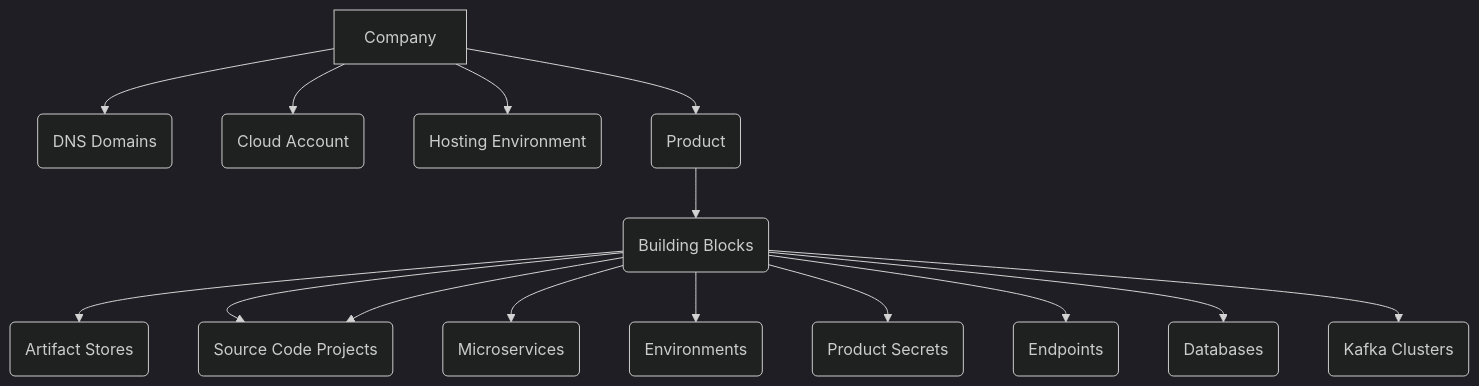
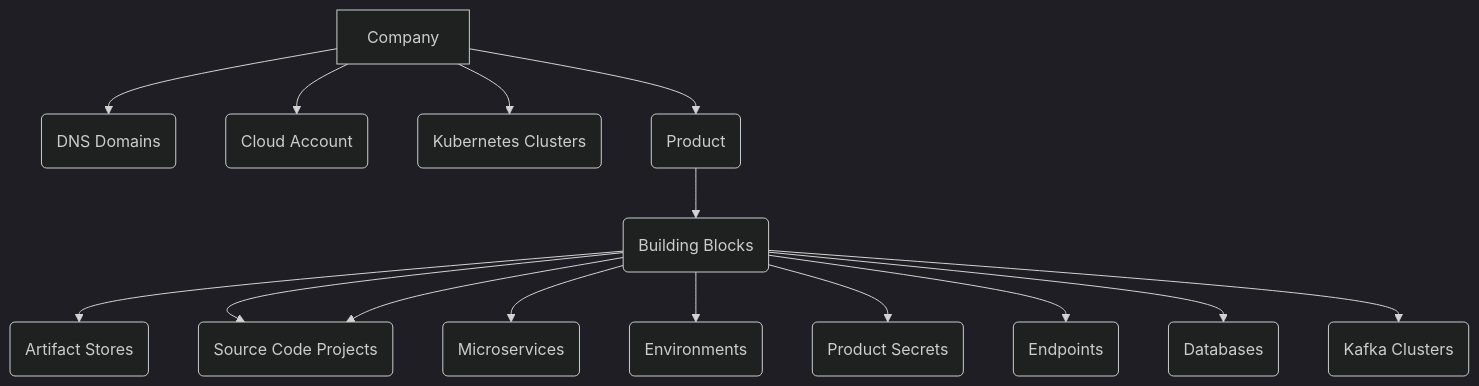
The diagram in site/docs/02-resource-hierarchy.md (plantoncloud/docs.planton.cloud), drawn with Mermaid (dark theme) before and after one commit. The commit also changed other lines of this file and 21 other files, not shown here.

````diff
--- a/site/docs/02-resource-hierarchy.md
+++ b/site/docs/02-resource-hierarchy.md
@@ -10,17 +10,17 @@
 ```mermaid
 graph TD
     A[Company] --> B(DNS Domains)
     A[Company]  --> C(Cloud Account)
-    A[Company]  --> D(Hosting Environment)
+    A[Company]  --> D(Kubernetes Clusters)
     A[Company]  --> E(Product)
     E(Product) --> Z(Building Blocks)
     Z(Building Blocks) --> F(Artifact Stores)
     Z(Building Blocks) --> G(Source Code Servers)
     Z(Building Blocks) --> G(Source Code Projects)
     Z(Building Blocks) --> H(Microservices)
     Z(Building Blocks) --> I(Environments)
     Z(Building Blocks) --> J(Product Secrets)
     Z(Building Blocks) --> K(Endpoints)
     Z(Building Blocks) --> L(Databases)
     Z(Building Blocks) --> M(Kafka Clusters)
 ```
````
